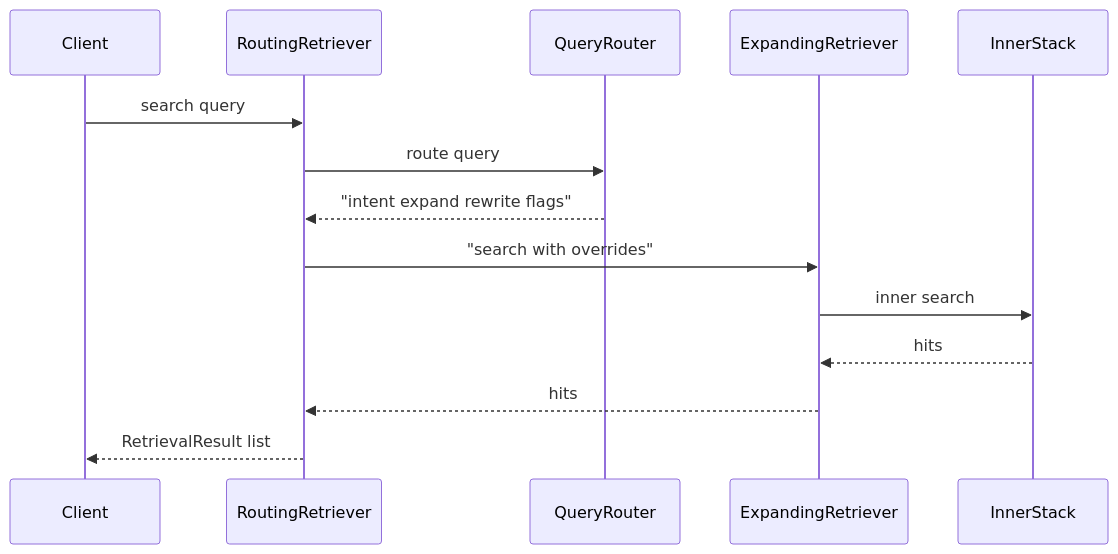
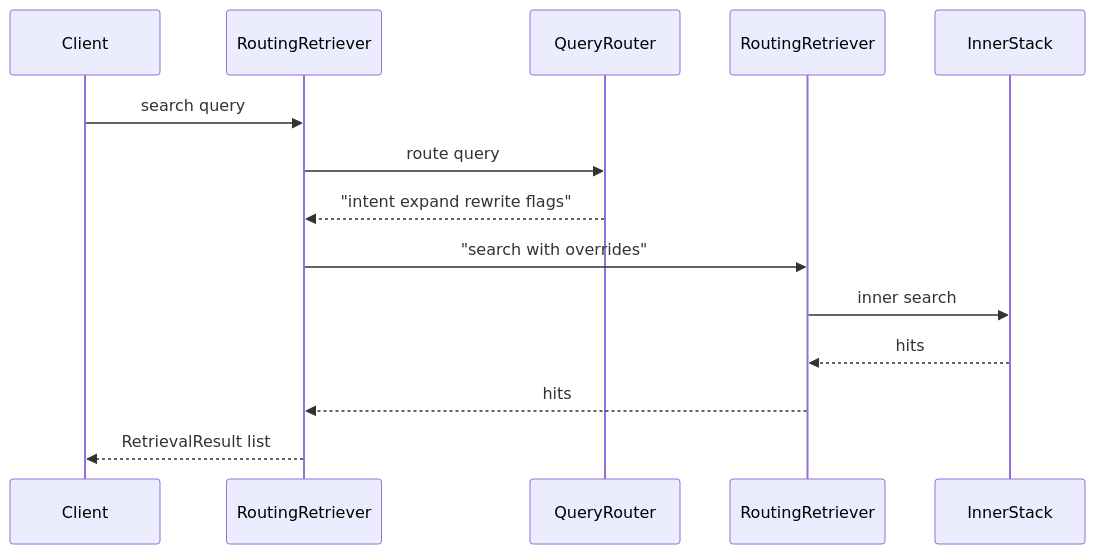
The first of 2 diagrams in course/day36/04_流程图与示意图.md (ab6539763/70_days_course_plus), drawn with Mermaid before and after one commit. The commit also changed 102 other files, not shown here.

````diff
--- a/course/day36/04_流程图与示意图.md
+++ b/course/day36/04_流程图与示意图.md
@@ -5,16 +5,16 @@
 ```mermaid
 sequenceDiagram
     participant U as Client
     participant RT as RoutingRetriever
     participant Q as QueryRouter
-    participant E as ExpandingRetriever
+    participant E as RoutingRetriever
     participant I as InnerStack
     U->>RT: search query
     RT->>Q: route query
     Q-->>RT: "intent expand rewrite flags"
     RT->>E: "search with overrides"
     E->>I: inner search
     I-->>E: hits
     E-->>RT: hits
     RT-->>U: RetrievalResult list
 ```
````
